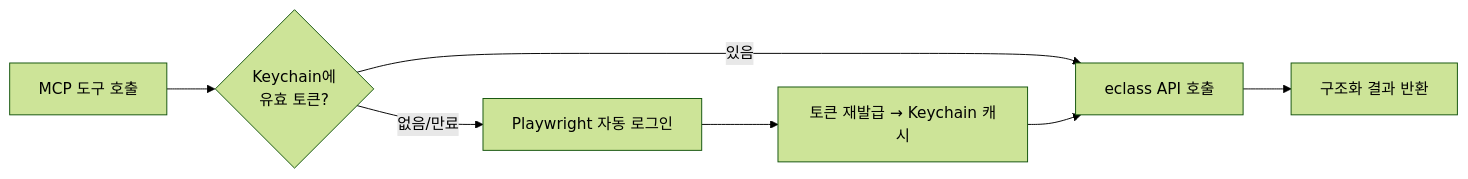
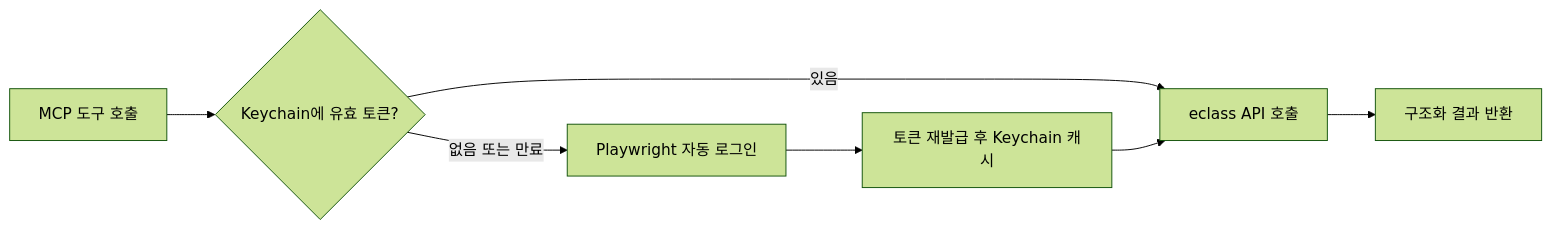
The first of 2 diagrams in README.md (jseook11/eclass-mcp), drawn with Mermaid (forest theme) before and after one commit. The commit also changed other lines of this file, not shown here.

Commit message:
docs: fix Mermaid rendering on GitHub (quote labels, drop special chars)

````diff
--- a/README.md
+++ b/README.md
@@ -88,9 +88,9 @@
 ```mermaid
 flowchart LR
-    A[MCP 도구 호출] --> B{Keychain에<br/>유효 토큰?}
-    B -- 있음 --> D[eclass API 호출]
-    B -- 없음/만료 --> C[Playwright 자동 로그인]
-    C --> E[토큰 재발급 → Keychain 캐시]
+    A["MCP 도구 호출"] --> B{"Keychain에 유효 토큰?"}
+    B -->|"있음"| D["eclass API 호출"]
+    B -->|"없음 또는 만료"| C["Playwright 자동 로그인"]
+    C --> E["토큰 재발급 후 Keychain 캐시"]
     E --> D
-    D --> F[구조화 결과 반환]
+    D --> F["구조화 결과 반환"]
 ```
````
